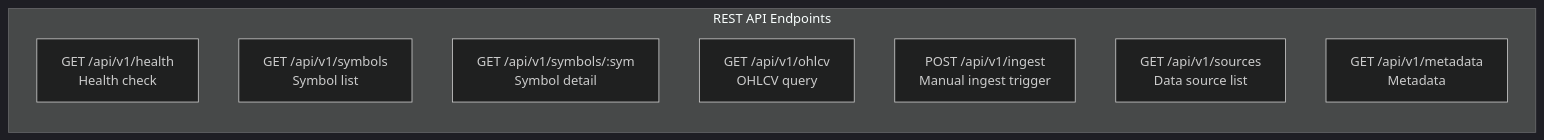
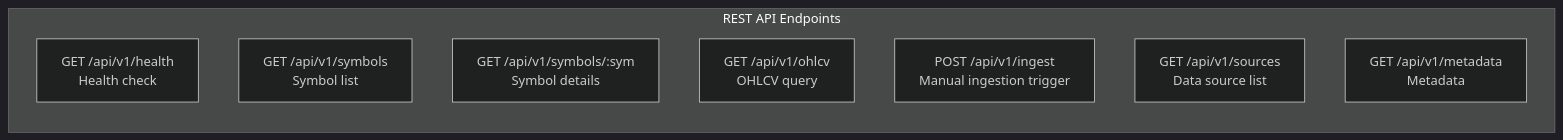
Diagram 15 of 23 in DESIGN.md (RESBI/StockStatistic), drawn with Mermaid (dark theme) before and after one commit. The commit also changed other lines of this file, not shown here.

````diff
--- a/DESIGN.md
+++ b/DESIGN.md
@@ -1029,12 +1044,12 @@
 ```mermaid
 graph LR
     subgraph "REST API Endpoints"
         E1["GET /api/v1/health<br/>Health check"]
         E2["GET /api/v1/symbols<br/>Symbol list"]
-        E3["GET /api/v1/symbols/:sym<br/>Symbol detail"]
+        E3["GET /api/v1/symbols/:sym<br/>Symbol details"]
         E4["GET /api/v1/ohlcv<br/>OHLCV query"]
-        E5["POST /api/v1/ingest<br/>Manual ingest trigger"]
+        E5["POST /api/v1/ingest<br/>Manual ingestion trigger"]
         E6["GET /api/v1/sources<br/>Data source list"]
         E7["GET /api/v1/metadata<br/>Metadata"]
     end
 ```
````
